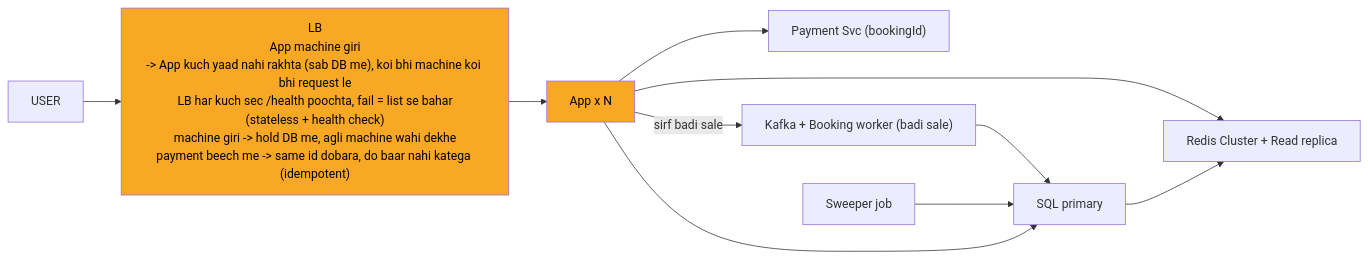
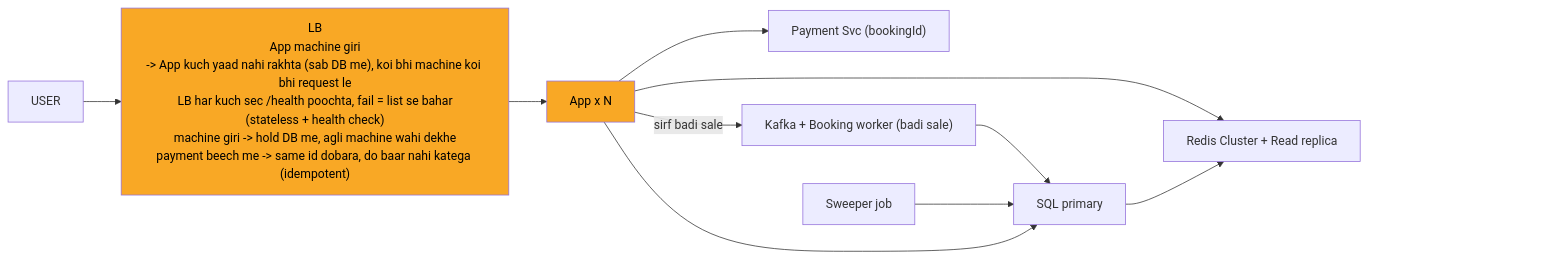
The eighth of 9 diagrams in 04_HLD/SYSTEM_DESIGNS/09_bookmyshow/09_bookmyshow_INTERVIEW.md (ArpanMaheshwari144/Prep), drawn with Mermaid before and after one commit. The commit also changed other lines of this file and 13 other files, not shown here.

Commit message:
hld 14 file: har diagram ke daayein andekha dabba, zoom button asli dabbe pe na aaye

````diff
--- a/04_HLD/SYSTEM_DESIGNS/09_bookmyshow/09_bookmyshow_INTERVIEW.md
+++ b/04_HLD/SYSTEM_DESIGNS/09_bookmyshow/09_bookmyshow_INTERVIEW.md
@@ -304,23 +325,26 @@
 ```mermaid
 %%{init: {"flowchart": {"wrappingWidth": 450}}}%%
 flowchart LR
     n_USER["USER"]
     n_LB["LB<br/>App machine giri<br/>-> App kuch yaad nahi rakhta (sab DB me), koi bhi machine koi bhi request le<br/>LB har kuch sec /health poochta, fail = list se bahar<br/>(stateless + health check)<br/>machine giri -> hold DB me, agli machine wahi dekhe<br/>payment beech me -> same id dobara, do baar nahi katega (idempotent)"]
     n_App_xN["App x N"]
     n_Payment_Svc["Payment Svc (bookingId)"]
     n_RRR["Redis Cluster + Read replica"]
     n_KB["Kafka + Booking worker (badi sale)"]
     n_SQL_primary["SQL primary"]
     n_Sweeper_job["Sweeper job"]
     n_USER --> n_LB
     n_LB --> n_App_xN
     n_App_xN --> n_Payment_Svc
     n_App_xN --> n_RRR
     n_App_xN -->|sirf badi sale| n_KB
     n_KB --> n_SQL_primary
     n_Sweeper_job --> n_SQL_primary
     n_App_xN --> n_SQL_primary
     n_SQL_primary --> n_RRR
+    n_pad["xxxxxxxxxxxxxxxx"]
+    n_RRR ~~~ n_pad
     style n_LB fill:#f9a825,color:#000
     style n_App_xN fill:#f9a825,color:#000
+    style n_pad fill:none,stroke:none,color:#ffffff00
 ```
````
